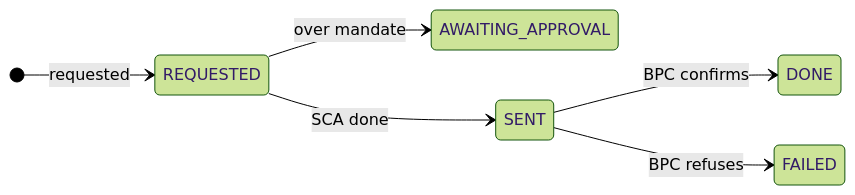
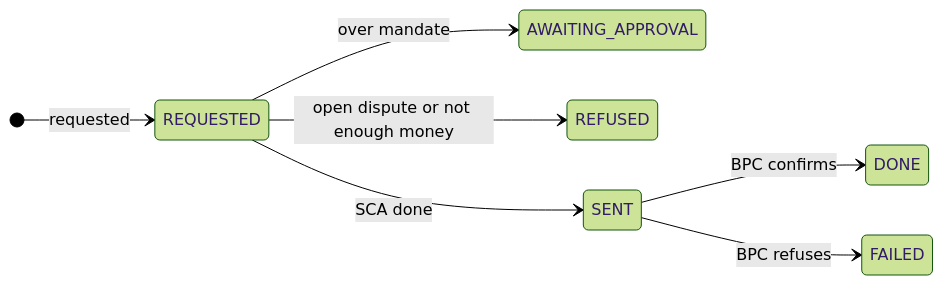
The second of 2 diagrams in docs/workflows/MP-12-refund-a-payment.md (paytinno/merchant-portal-workflows), drawn with Mermaid (forest theme) before and after one commit. The commit also changed other lines of this file and 36 other files, not shown here.

````diff
--- a/docs/workflows/MP-12-refund-a-payment.md
+++ b/docs/workflows/MP-12-refund-a-payment.md
@@ -62,14 +70,16 @@
 ```mermaid
 stateDiagram-v2
   direction LR
   state "REQUESTED" as s_REQUESTED
   state "AWAITING_APPROVAL" as s_AWAITING_APPROVAL
+  state "REFUSED" as s_REFUSED
   state "SENT" as s_SENT
   state "DONE" as s_DONE
   state "FAILED" as s_FAILED
   [*] --> s_REQUESTED : requested
   s_REQUESTED --> s_AWAITING_APPROVAL : over mandate
+  s_REQUESTED --> s_REFUSED : open dispute or not enough money
   s_REQUESTED --> s_SENT : SCA done
   s_SENT --> s_DONE : BPC confirms
   s_SENT --> s_FAILED : BPC refuses
 ```
````
